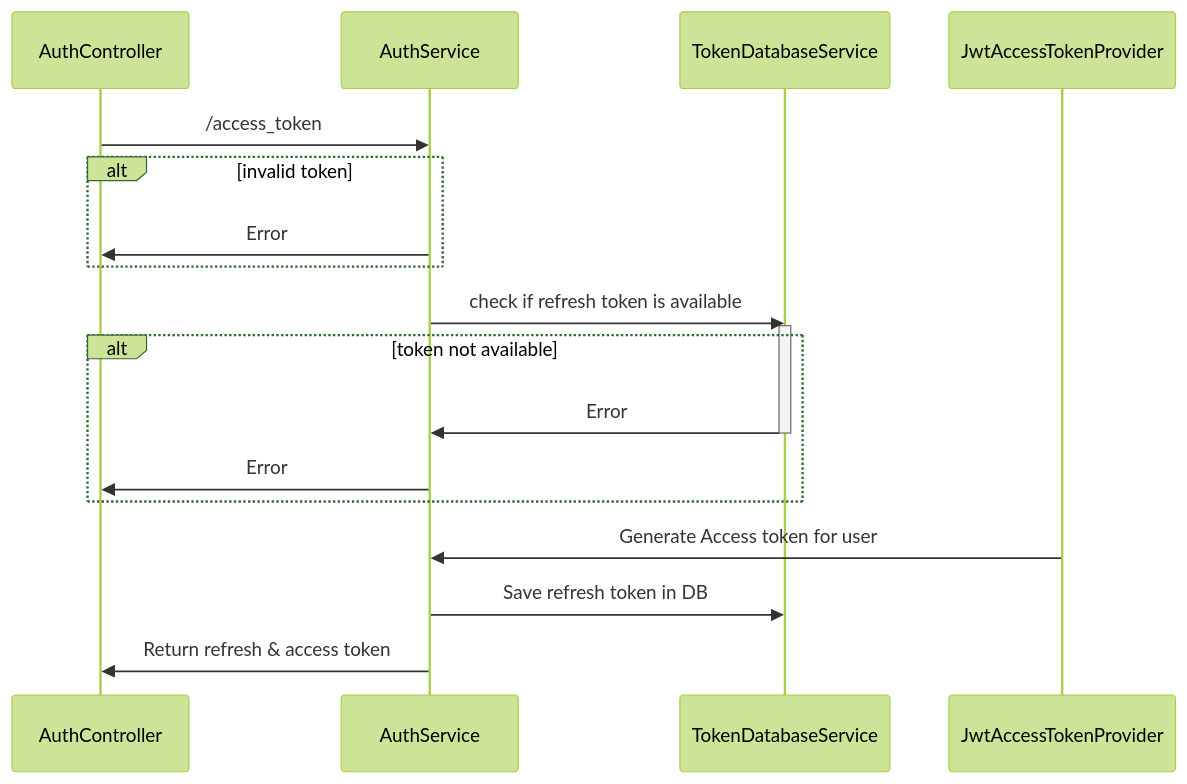
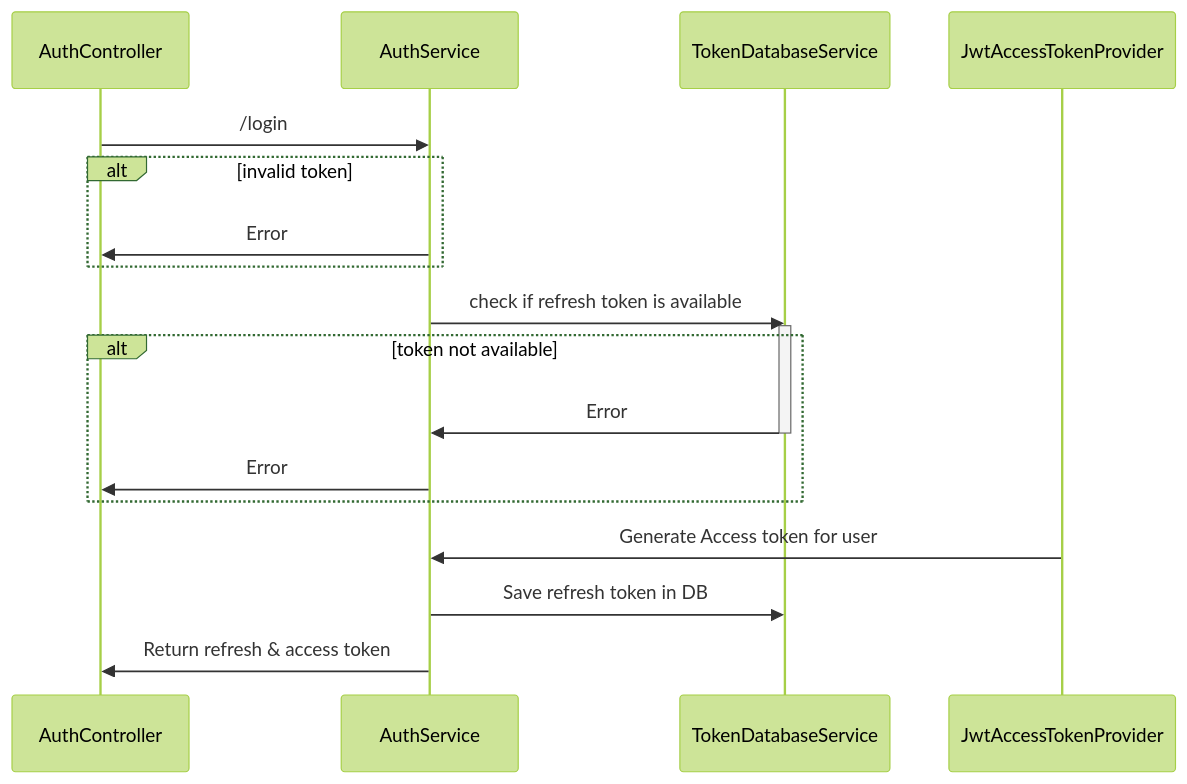
One commit to Code-Oz/auth-nest-monorepo changed the third of 4 diagrams in apps/auth/README.mkd. Above: the diagram before and after it, drawn with Mermaid (forest theme). The commit also changed other lines of this file and 8 other files, not shown here.

Commit message:
Separate Register and Refresh Token Auth service

````diff
--- a/apps/auth/README.mkd
+++ b/apps/auth/README.mkd
@@ -48,26 +72,26 @@
 ```mermaid
 sequenceDiagram
 
-    AuthController->>AuthService: /access_token
+    AuthController->>AuthService: /login
     alt invalid token
         AuthService->>AuthController: Error
     end
 
     AuthService->>TokenDatabaseService: check if refresh token is available
     activate TokenDatabaseService
     alt token not available
         TokenDatabaseService->>AuthService: Error
         deactivate TokenDatabaseService
         AuthService->>AuthController: Error
     end
 
     JwtAccessTokenProvider->>AuthService: Generate Access token for user
 
     AuthService->>TokenDatabaseService: Save refresh token in DB
     AuthService->>AuthController: Return refresh & access token
         
     participant AuthController
     participant TokenDatabaseService
 
     participant JwtAccessTokenProvider
 ```
````
